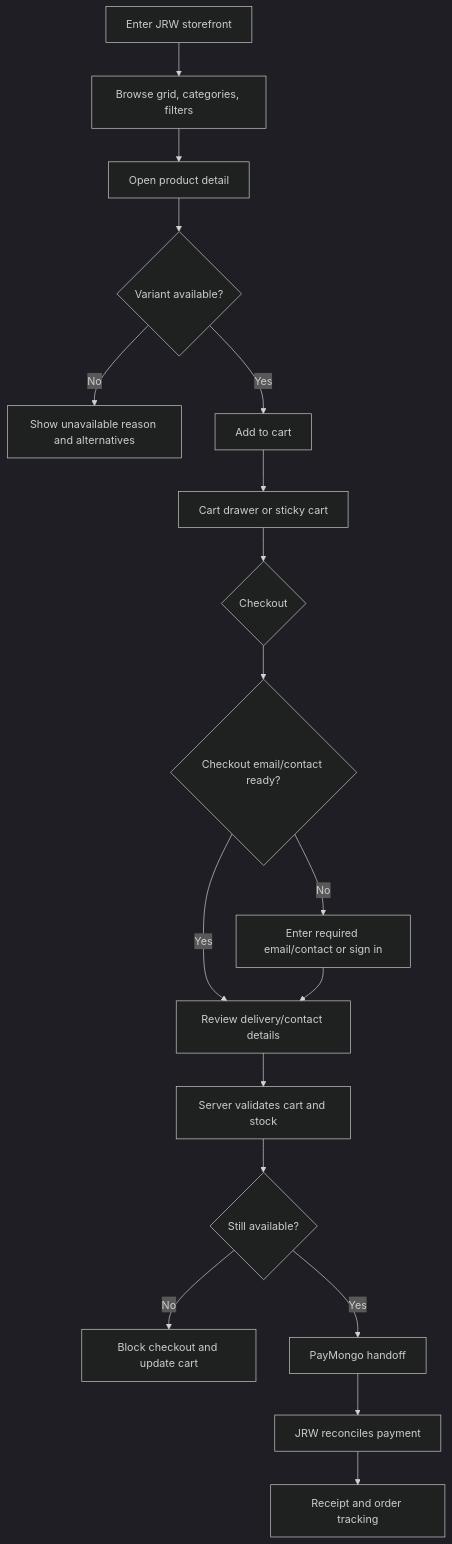
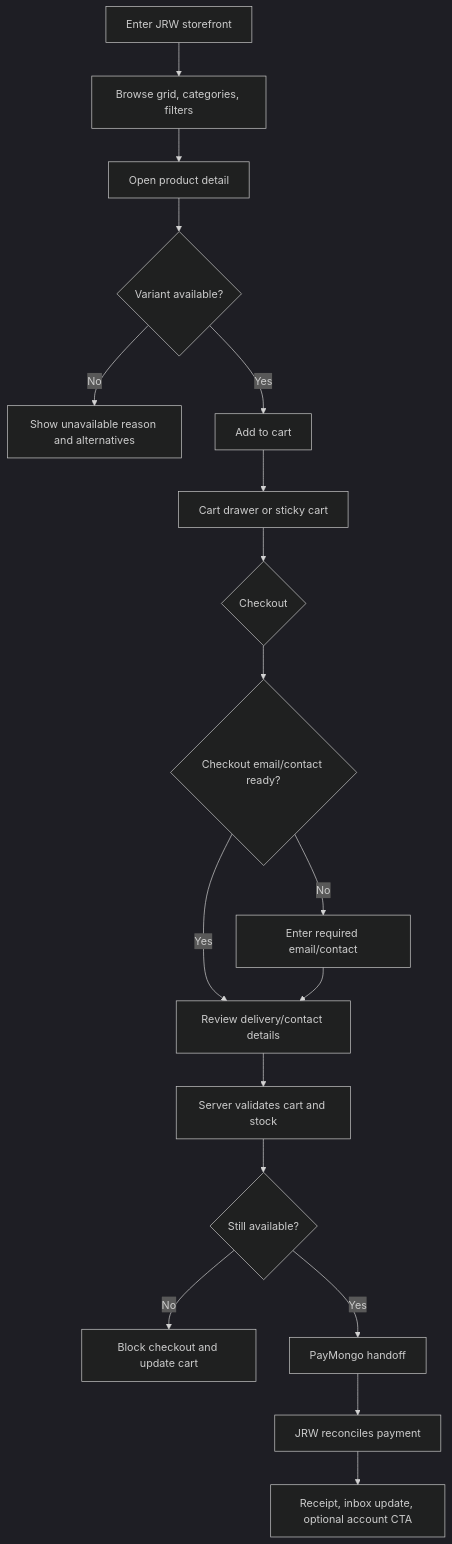
Before and after one commit to JeroTan/jrw-webapp: the first of 4 diagrams in _bmad-output/planning-artifacts/ux-design-specification.md, drawn with Mermaid (dark theme). The commit also changed other lines of this file and 31 other files, not shown here.

````diff
--- a/_bmad-output/planning-artifacts/ux-design-specification.md
+++ b/_bmad-output/planning-artifacts/ux-design-specification.md
@@ -603,20 +603,20 @@
 ```mermaid
 flowchart TD
   A["Enter JRW storefront"] --> B["Browse grid, categories, filters"]
   B --> C["Open product detail"]
   C --> D{"Variant available?"}
   D -- "No" --> E["Show unavailable reason and alternatives"]
   D -- "Yes" --> F["Add to cart"]
   F --> G["Cart drawer or sticky cart"]
   G --> H{"Checkout"}
   H --> I{"Checkout email/contact ready?"}
-  I -- "No" --> J["Enter required email/contact or sign in"]
+  I -- "No" --> J["Enter required email/contact"]
   I -- "Yes" --> K["Review delivery/contact details"]
   J --> K
   K --> L["Server validates cart and stock"]
   L --> M{"Still available?"}
   M -- "No" --> N["Block checkout and update cart"]
   M -- "Yes" --> O["PayMongo handoff"]
   O --> P["JRW reconciles payment"]
-  P --> Q["Receipt and order tracking"]
+  P --> Q["Receipt, inbox update, optional account CTA"]
 ```
````
